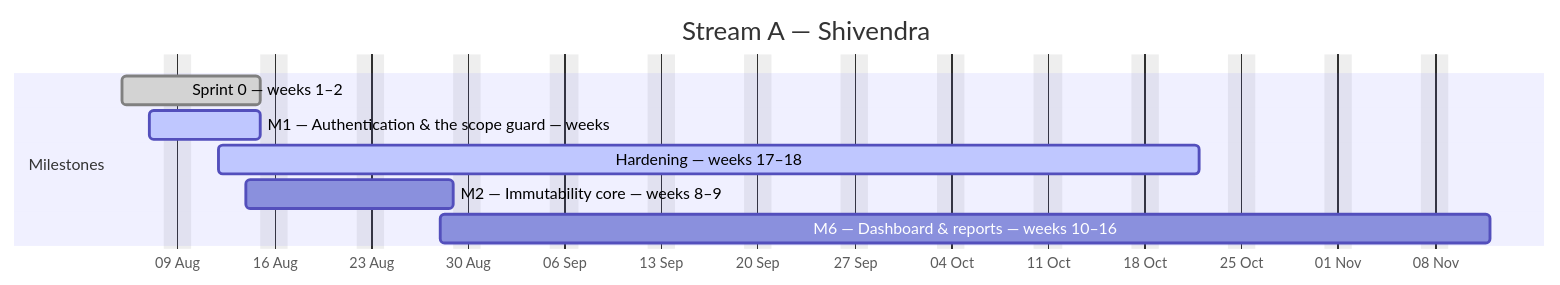
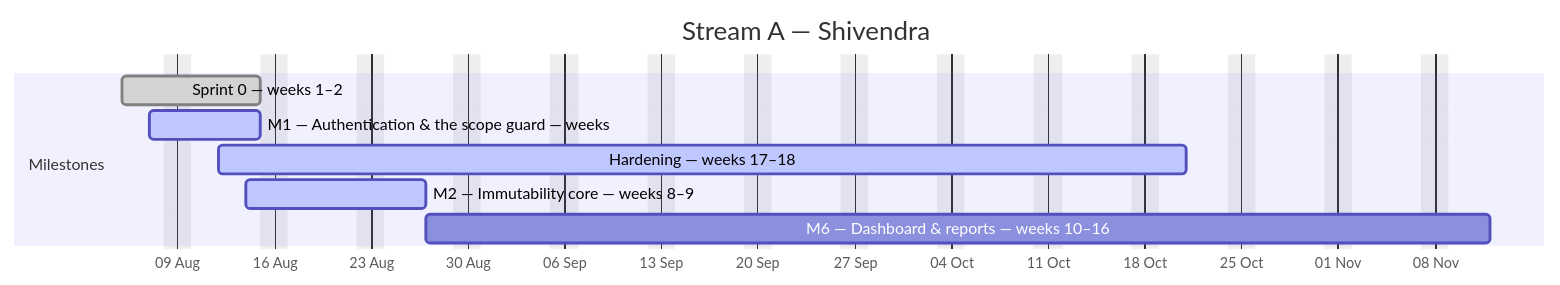
Before and after one commit to debashisedunext/EduTrack: the first of 4 diagrams in docs/plan/GANTT.md, drawn with Mermaid. The commit also changed other lines of this file and 3 other files, not shown here.

````diff
--- a/docs/plan/GANTT.md
+++ b/docs/plan/GANTT.md
@@ -123,13 +123,13 @@
 ```mermaid
 gantt
     dateFormat YYYY-MM-DD
     axisFormat %d %b
     title Stream A — Shivendra
     excludes weekends
     section Milestones
     Sprint 0 — weeks 1–2 :done, a0, 2026-08-05, 8d
     M1 — Authentication & the scope guard — weeks :active, a1, 2026-08-07, 6d
-    Hardening — weeks 17–18 :active, a2, 2026-08-12, 51d
-    M2 — Immutability core — weeks 8–9 :a3, 2026-08-14, 11d
-    M6 — Dashboard & reports — weeks 10–16 :a4, 2026-08-28, 54d
+    Hardening — weeks 17–18 :active, a2, 2026-08-12, 50d
+    M2 — Immutability core — weeks 8–9 :active, a3, 2026-08-14, 9d
+    M6 — Dashboard & reports — weeks 10–16 :a4, 2026-08-27, 55d
 ```
````
